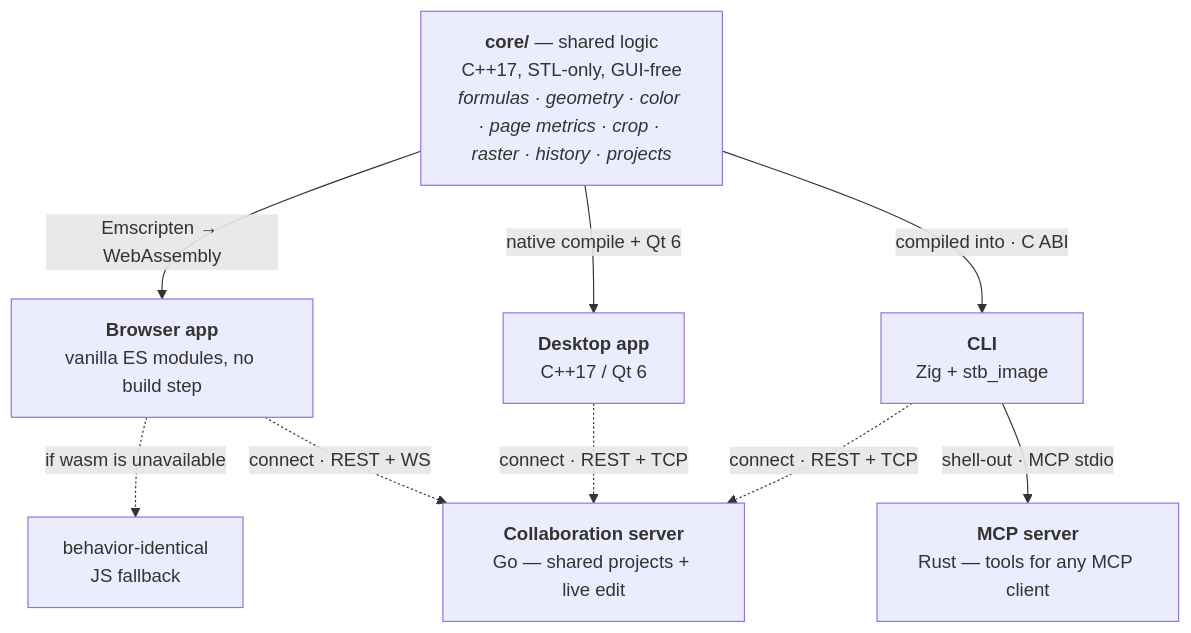
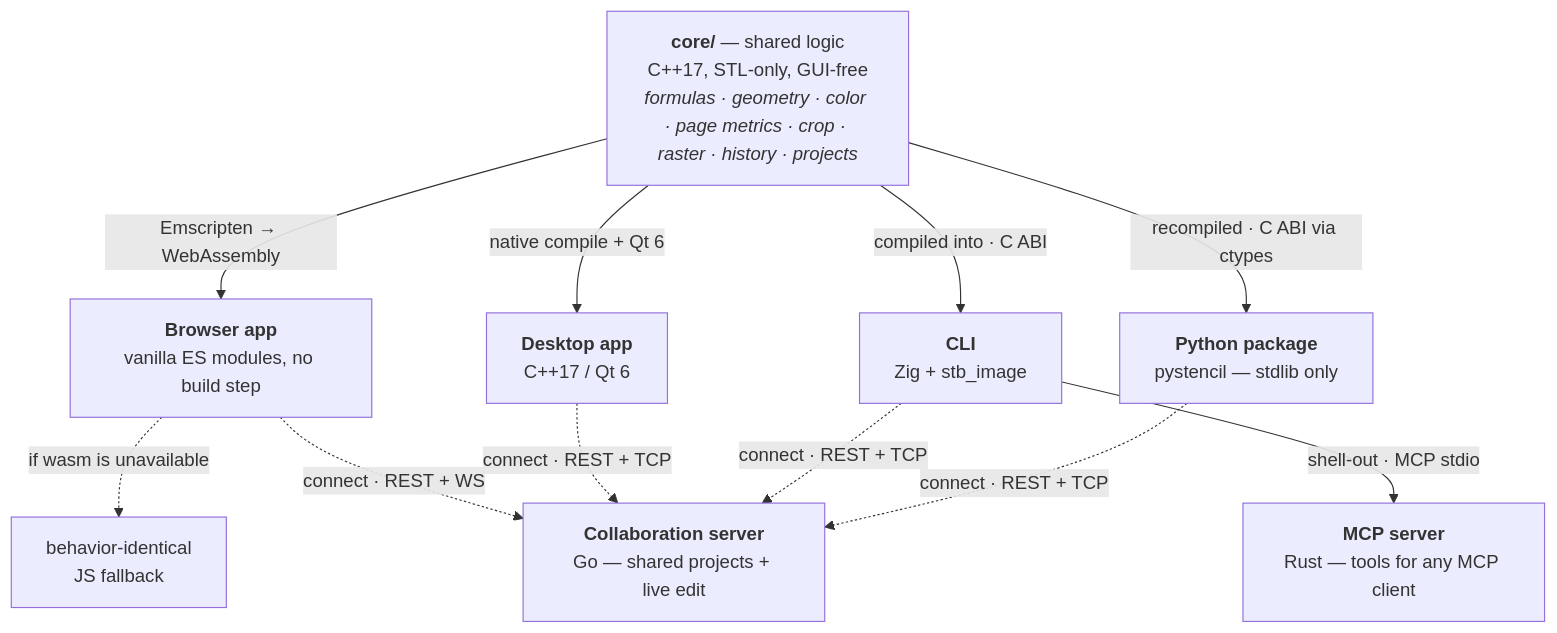
The diagram in README.md (andrew1407/stencil), drawn with Mermaid before and after one commit. The commit also changed 49 other files, not shown here.

````diff
--- a/README.md
+++ b/README.md
@@ -31,12 +31,14 @@
 ```mermaid
 graph TD
     CORE["<b>core/</b> — shared logic<br/>C++17, STL-only, GUI-free<br/><i>formulas · geometry · color · page metrics · crop · raster · history · projects</i>"]
     CORE -->|"Emscripten → WebAssembly"| WEB["<b>Browser app</b><br/>vanilla ES modules, no build step"]
     CORE -->|"native compile + Qt 6"| DESK["<b>Desktop app</b><br/>C++17 / Qt 6"]
     CORE -->|"compiled into · C ABI"| CLI["<b>CLI</b><br/>Zig + stb_image"]
+    CORE -->|"recompiled · C ABI via ctypes"| PY["<b>Python package</b><br/>pystencil — stdlib only"]
     WEB -.->|"if wasm is unavailable"| FB["behavior-identical<br/>JS fallback"]
     CLI -->|"shell-out · MCP stdio"| MCP["<b>MCP server</b><br/>Rust — tools for any MCP client"]
     WEB -.->|"connect · REST + WS"| SRV["<b>Collaboration server</b><br/>Go — shared projects + live edit"]
     DESK -.->|"connect · REST + TCP"| SRV
     CLI -.->|"connect · REST + TCP"| SRV
+    PY -.->|"connect · REST + TCP"| SRV
 ```
````
